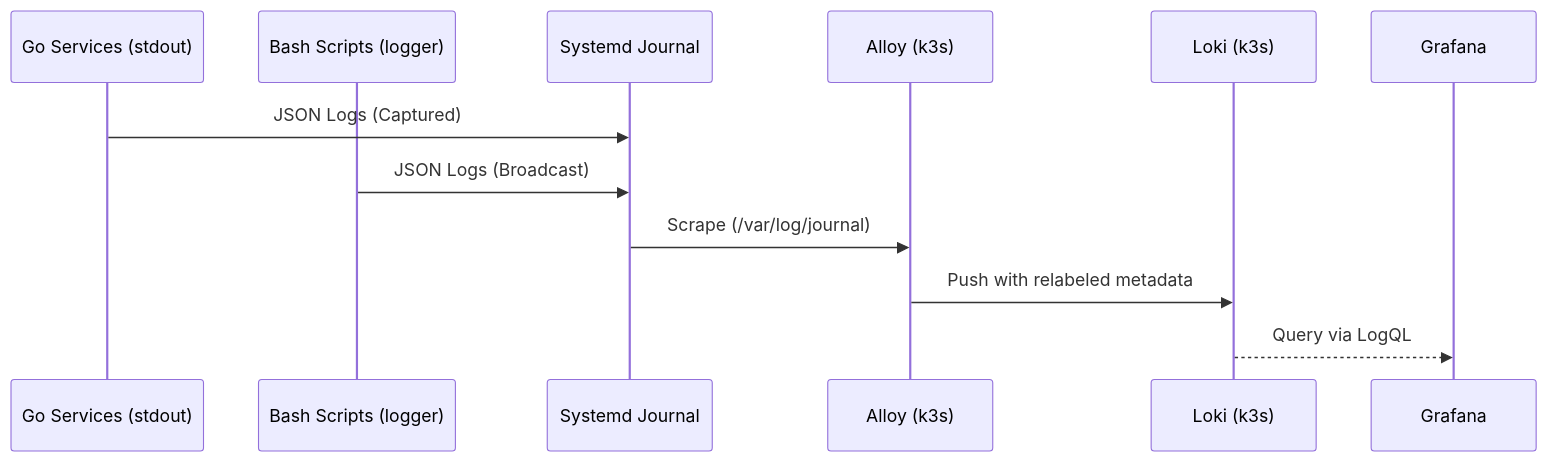
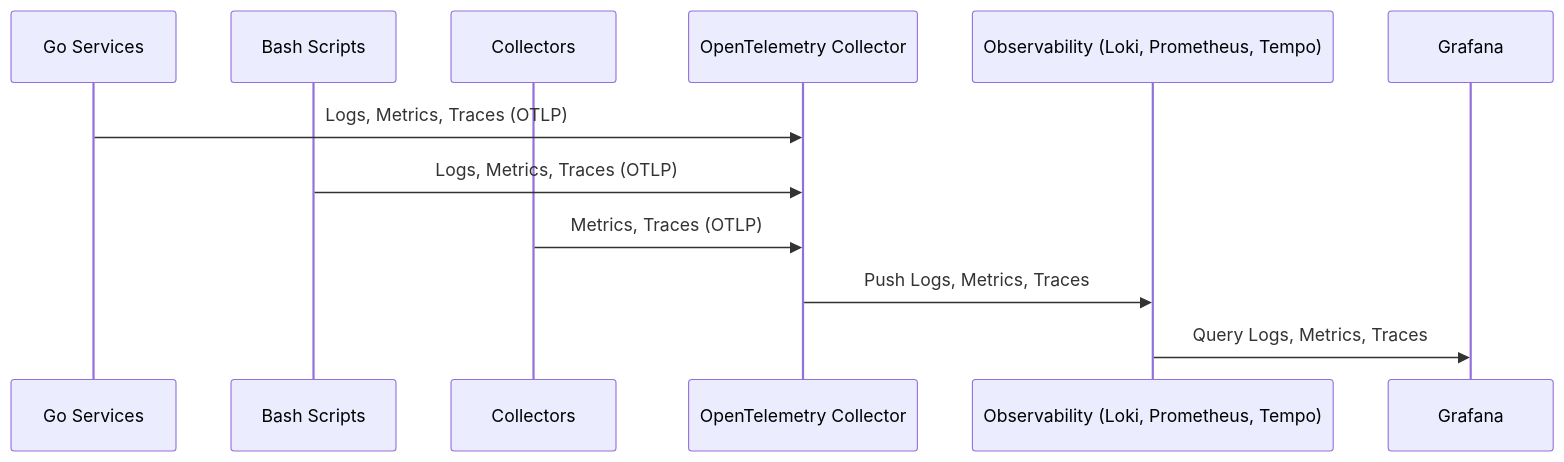
One commit to victoriacheng15/observability-hub changed the diagram in docs/architecture/infrastructure/deployment.md. Above: the diagram before and after it, drawn with Mermaid. The commit also changed other lines of this file and 29 other files, not shown here.

Commit message:
docs(architecture): update telemetry flow and OTel-first approach (#228)

````diff
--- a/docs/architecture/infrastructure/deployment.md
+++ b/docs/architecture/infrastructure/deployment.md
@@ -39,14 +39,16 @@
 ```mermaid
 sequenceDiagram
-    participant App as Go Services (stdout)
-    participant Script as Bash Scripts (logger)
-    participant Journal as Systemd Journal
-    participant Alloy as Alloy (k3s)
-    participant Loki as Loki (k3s)
+    participant App as Go Services
+    participant Script as Bash Scripts
+    participant Collectors_Agent as Collectors
+    participant OTel_Collector as OpenTelemetry Collector
+    participant Observability as Observability (Loki, Prometheus, Tempo)
+    participant Grafana as Grafana
 
-    App->>Journal: JSON Logs (Captured)
-    Script->>Journal: JSON Logs (Broadcast)
-    Journal->>Alloy: Scrape (/var/log/journal)
-    Alloy->>Loki: Push with relabeled metadata
-    Loki-->>Grafana: Query via LogQL
+    App->>OTel_Collector: Logs, Metrics, Traces (OTLP)
+    Script->>OTel_Collector: Logs, Metrics, Traces (OTLP)
+    Collectors_Agent->>OTel_Collector: Metrics, Traces (OTLP)
+
+    OTel_Collector->>Observability: Push Logs, Metrics, Traces
+    Observability->>Grafana: Query Logs, Metrics, Traces
 ```
````
